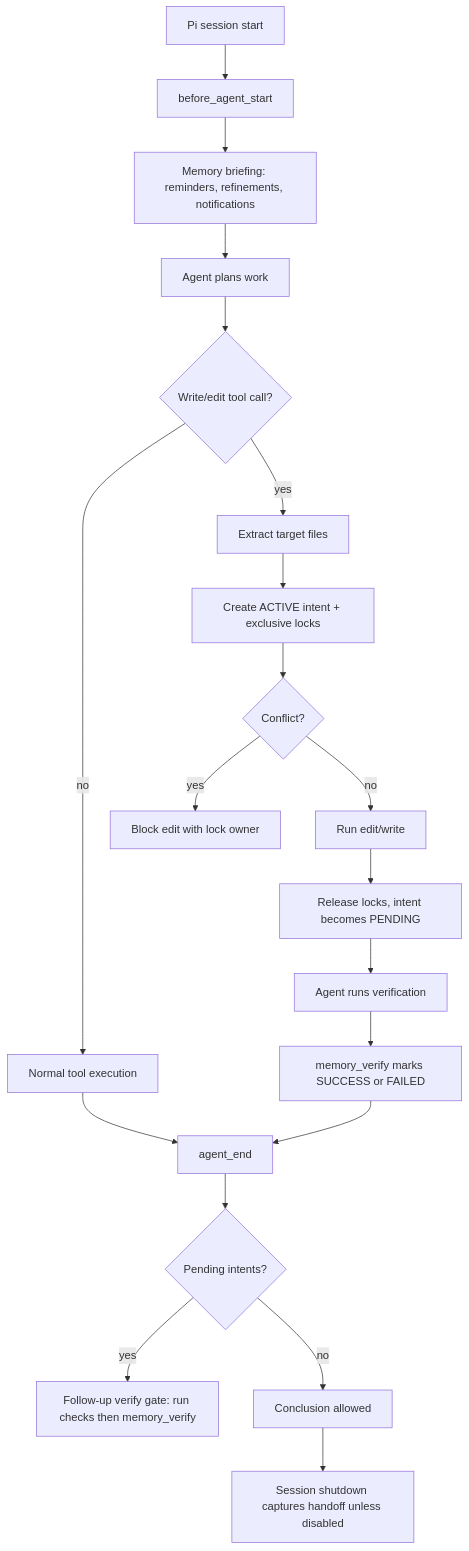
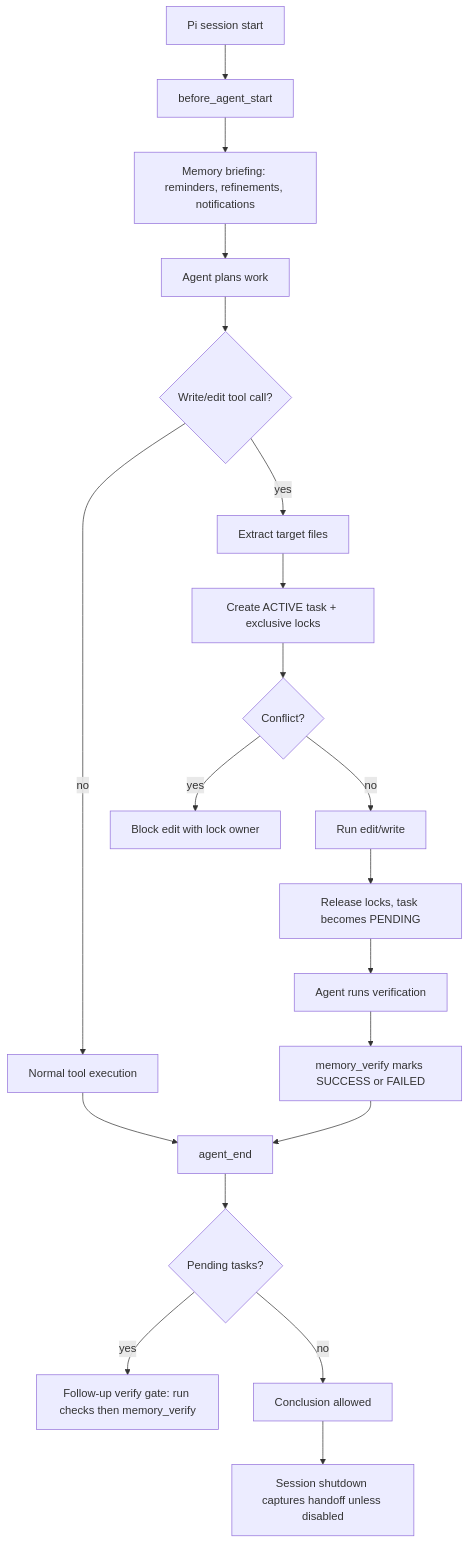
One commit to bgauryy/octocode changed the diagram in packages/octocode-pi-extension/docs/MEMORY_AGENT_FLOW.md. Above: the diagram before and after it, drawn with Mermaid. The commit also changed other lines of this file and 215 other files, not shown here.

````diff
--- a/packages/octocode-pi-extension/docs/MEMORY_AGENT_FLOW.md
+++ b/packages/octocode-pi-extension/docs/MEMORY_AGENT_FLOW.md
@@ -17,22 +17,22 @@
 ```mermaid
 flowchart TD
   A[Pi session start] --> B[before_agent_start]
   B --> C[Memory briefing: reminders, refinements, notifications]
   C --> D[Agent plans work]
   D --> E{Write/edit tool call?}
   E -- no --> F[Normal tool execution]
   E -- yes --> G[Extract target files]
-  G --> H[Create ACTIVE intent + exclusive locks]
+  G --> H[Create ACTIVE task + exclusive locks]
   H --> I{Conflict?}
   I -- yes --> J[Block edit with lock owner]
   I -- no --> K[Run edit/write]
-  K --> L[Release locks, intent becomes PENDING]
+  K --> L[Release locks, task becomes PENDING]
   L --> M[Agent runs verification]
   M --> N[memory_verify marks SUCCESS or FAILED]
   F --> O[agent_end]
   N --> O
-  O --> P{Pending intents?}
+  O --> P{Pending tasks?}
   P -- yes --> Q[Follow-up verify gate: run checks then memory_verify]
   P -- no --> R[Conclusion allowed]
   R --> S[Session shutdown captures handoff unless disabled]
 ```
````
